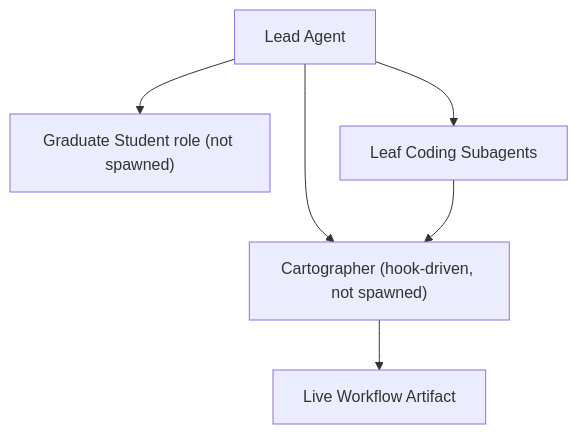
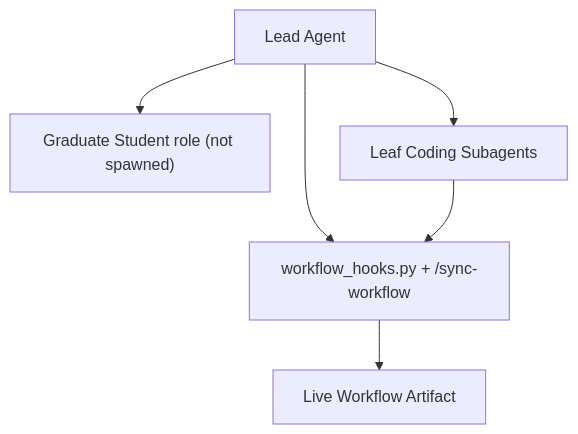
Before and after one commit to kisbi3/ResearchPartner: the fifth of 7 diagrams in docs/workflow_diagrams.md, drawn with Mermaid. The commit also changed 9 other files, not shown here.

Commit message:
Complete Cartographer workflow migration

````diff
--- a/docs/workflow_diagrams.md
+++ b/docs/workflow_diagrams.md
@@ -83,8 +83,8 @@
 ```mermaid
 flowchart TB
     P["Lead Agent"] --> G["Graduate Student role (not spawned)"]
     P --> C["Leaf Coding Subagents"]
-    P --> D["Cartographer (hook-driven, not spawned)"]
+    P --> D["workflow_hooks.py + /sync-workflow"]
     C --> D
     D --> W["Live Workflow Artifact"]
 ```
````
